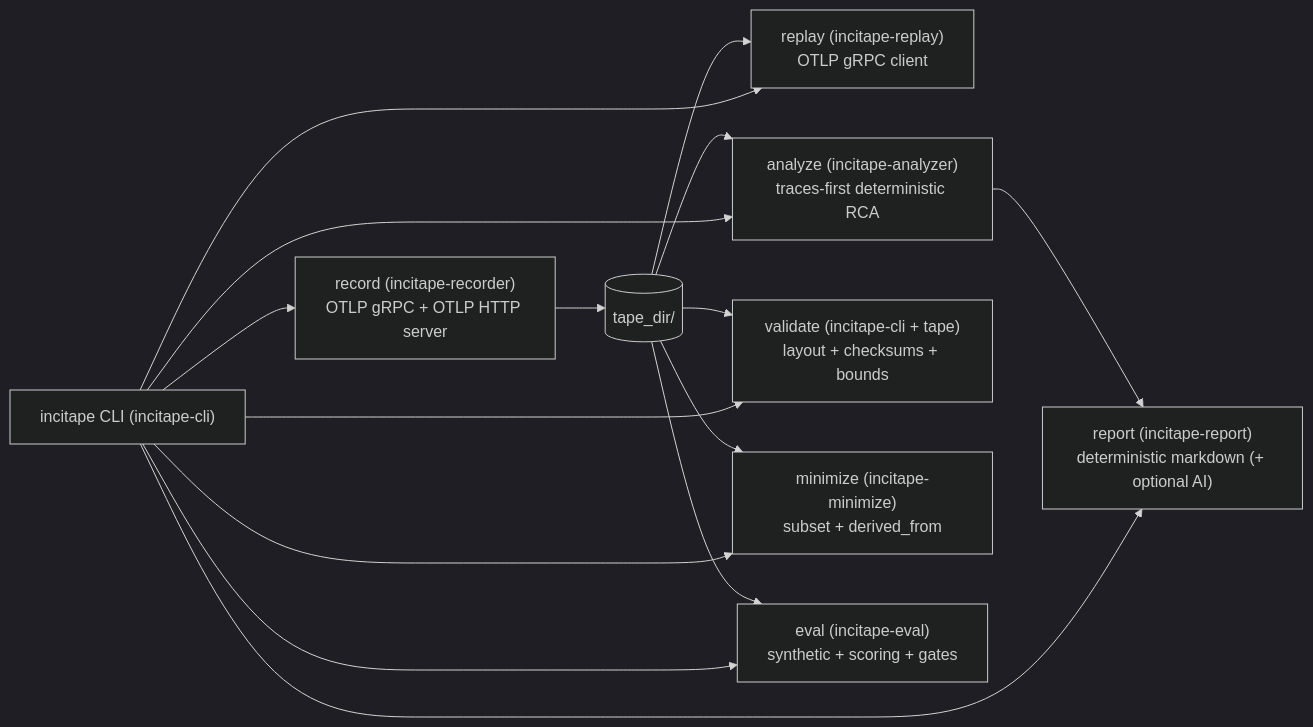
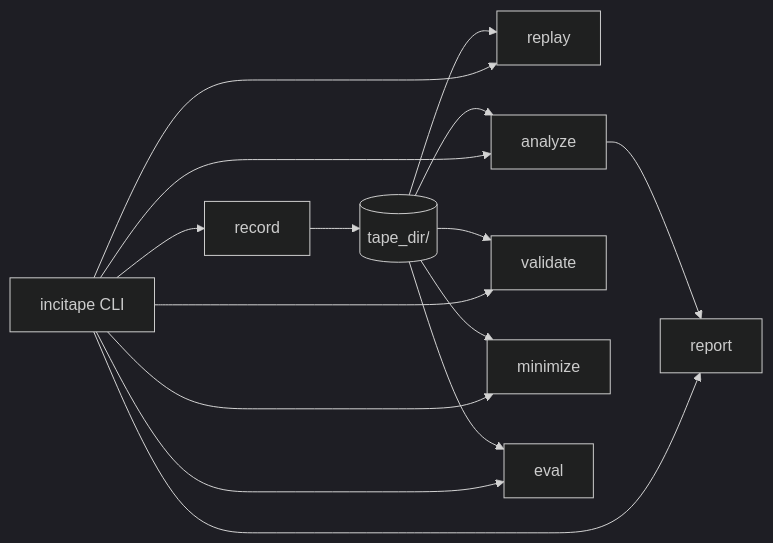
Before and after one commit to aliuyar1234/incitape: the diagram in README.md, drawn with Mermaid (dark theme). The commit also changed other lines of this file and 1 other file, not shown here.

Commit message:
docs: move detailed architecture to docs

````diff
--- a/README.md
+++ b/README.md
@@ -202,30 +200,28 @@
 ```mermaid
 flowchart LR
-  CLI["incitape CLI (incitape-cli)"]
+  CLI["incitape CLI"]
+  REC["record"]
+  REP["replay"]
+  ANA["analyze"]
+  RPT["report"]
+  VAL["validate"]
+  MIN["minimize"]
+  EVAL["eval"]
   TAPE[(tape_dir/)]
-
-  REC["record (incitape-recorder)\nOTLP gRPC + OTLP HTTP server"]
-  REP["replay (incitape-replay)\nOTLP gRPC client"]
-
-  ANA["analyze (incitape-analyzer)\ntraces-first deterministic RCA"]
-  RPT["report (incitape-report)\ndeterministic markdown (+ optional AI)"]
-  VAL["validate (incitape-cli + tape)\nlayout + checksums + bounds"]
-  MIN["minimize (incitape-minimize)\nsubset + derived_from"]
-  EVAL["eval (incitape-eval)\nsynthetic + scoring + gates"]
 
   CLI --> REC
   CLI --> REP
   CLI --> ANA
   CLI --> RPT
   CLI --> VAL
   CLI --> MIN
   CLI --> EVAL
 
   REC --> TAPE
   TAPE --> REP
   TAPE --> ANA
-  ANA --> RPT
   TAPE --> VAL
   TAPE --> MIN
+  ANA --> RPT
   TAPE --> EVAL
 ```
````
